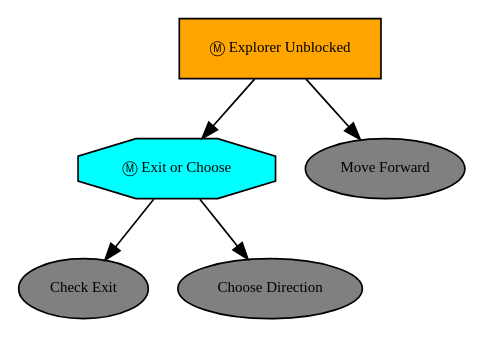
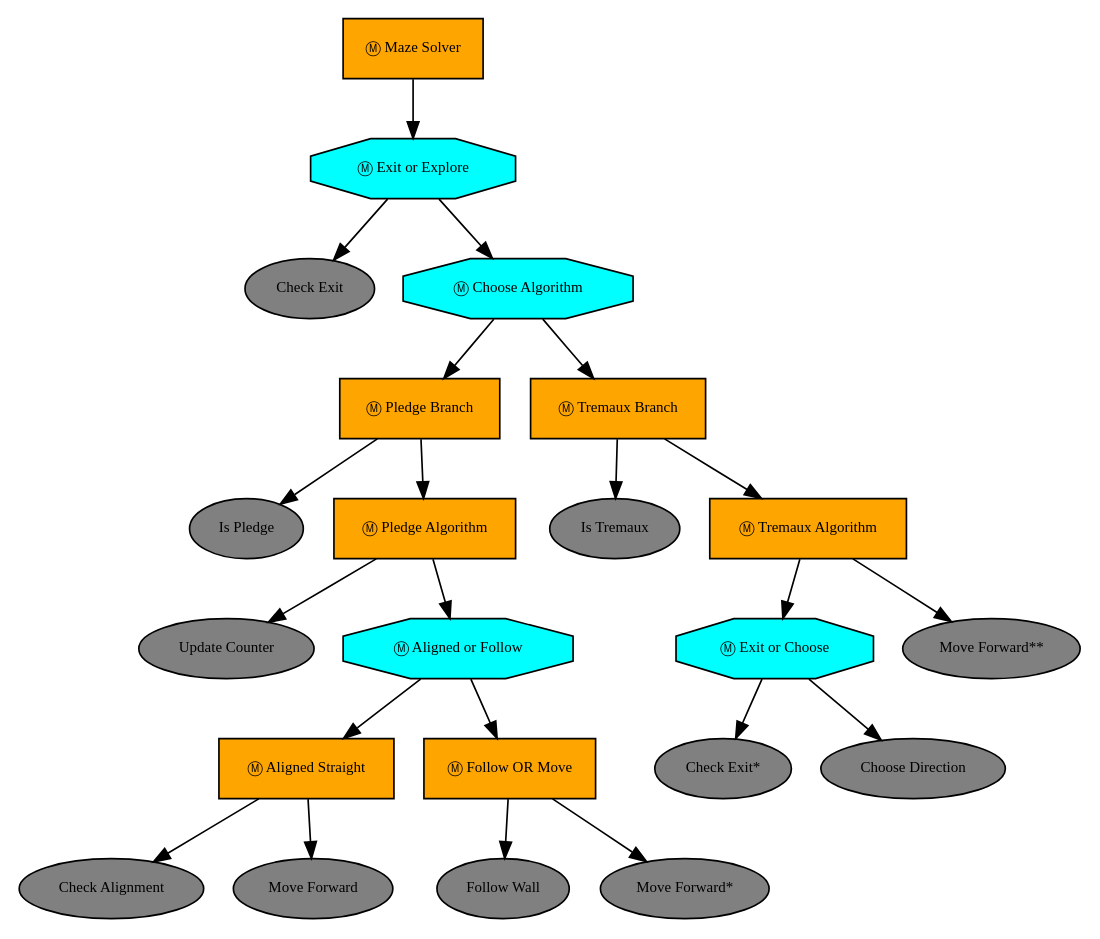
One commit to Di-Simone-dev/iRobot-maze-solver changed the diagram in Python simulation/src/maze.dot. Above: the diagram before and after it, drawn with Graphviz. The commit also changed 12 other files, not shown here.

```diff
--- a/Python simulation/src/maze.dot
+++ b/Python simulation/src/maze.dot
@@ -1,15 +1,49 @@
 digraph pastafarianism {
 ordering=out;
 graph [fontname="times-roman"];
 node [fontname="times-roman"];
 edge [fontname="times-roman"];
-"Explorer Unblocked" [label="Ⓜ Explorer Unblocked", shape=box, style=filled, fillcolor=orange, fontsize=9, fontcolor=black];
+"Maze Solver" [label="Ⓜ Maze Solver", shape=box, style=filled, fillcolor=orange, fontsize=9, fontcolor=black];
+"Exit or Explore" [label="Ⓜ Exit or Explore", shape=octagon, style=filled, fillcolor=cyan, fontsize=9, fontcolor=black];
+"Maze Solver" -> "Exit or Explore";
+"Check Exit" [label="Check Exit", shape=ellipse, style=filled, fillcolor=gray, fontsize=9, fontcolor=black];
+"Exit or Explore" -> "Check Exit";
+"Choose Algorithm" [label="Ⓜ Choose Algorithm", shape=octagon, style=filled, fillcolor=cyan, fontsize=9, fontcolor=black];
+"Exit or Explore" -> "Choose Algorithm";
+"Pledge Branch" [label="Ⓜ Pledge Branch", shape=box, style=filled, fillcolor=orange, fontsize=9, fontcolor=black];
+"Choose Algorithm" -> "Pledge Branch";
+"Is Pledge" [label="Is Pledge", shape=ellipse, style=filled, fillcolor=gray, fontsize=9, fontcolor=black];
+"Pledge Branch" -> "Is Pledge";
+"Pledge Algorithm" [label="Ⓜ Pledge Algorithm", shape=box, style=filled, fillcolor=orange, fontsize=9, fontcolor=black];
+"Pledge Branch" -> "Pledge Algorithm";
+"Update Counter" [label="Update Counter", shape=ellipse, style=filled, fillcolor=gray, fontsize=9, fontcolor=black];
+"Pledge Algorithm" -> "Update Counter";
+"Aligned or Follow" [label="Ⓜ Aligned or Follow", shape=octagon, style=filled, fillcolor=cyan, fontsize=9, fontcolor=black];
+"Pledge Algorithm" -> "Aligned or Follow";
+"Aligned Straight" [label="Ⓜ Aligned Straight", shape=box, style=filled, fillcolor=orange, fontsize=9, fontcolor=black];
+"Aligned or Follow" -> "Aligned Straight";
+"Check Alignment" [label="Check Alignment", shape=ellipse, style=filled, fillcolor=gray, fontsize=9, fontcolor=black];
+"Aligned Straight" -> "Check Alignment";
+"Move Forward" [label="Move Forward", shape=ellipse, style=filled, fillcolor=gray, fontsize=9, fontcolor=black];
+"Aligned Straight" -> "Move Forward";
+"Follow OR Move" [label="Ⓜ Follow OR Move", shape=box, style=filled, fillcolor=orange, fontsize=9, fontcolor=black];
+"Aligned or Follow" -> "Follow OR Move";
+"Follow Wall" [label="Follow Wall", shape=ellipse, style=filled, fillcolor=gray, fontsize=9, fontcolor=black];
+"Follow OR Move" -> "Follow Wall";
+"Move Forward*" [label="Move Forward*", shape=ellipse, style=filled, fillcolor=gray, fontsize=9, fontcolor=black];
+"Follow OR Move" -> "Move Forward*";
+"Tremaux Branch" [label="Ⓜ Tremaux Branch", shape=box, style=filled, fillcolor=orange, fontsize=9, fontcolor=black];
+"Choose Algorithm" -> "Tremaux Branch";
+"Is Tremaux" [label="Is Tremaux", shape=ellipse, style=filled, fillcolor=gray, fontsize=9, fontcolor=black];
+"Tremaux Branch" -> "Is Tremaux";
+"Tremaux Algorithm" [label="Ⓜ Tremaux Algorithm", shape=box, style=filled, fillcolor=orange, fontsize=9, fontcolor=black];
+"Tremaux Branch" -> "Tremaux Algorithm";
 "Exit or Choose" [label="Ⓜ Exit or Choose", shape=octagon, style=filled, fillcolor=cyan, fontsize=9, fontcolor=black];
-"Explorer Unblocked" -> "Exit or Choose";
-"Check Exit" [label="Check Exit", shape=ellipse, style=filled, fillcolor=gray, fontsize=9, fontcolor=black];
-"Exit or Choose" -> "Check Exit";
+"Tremaux Algorithm" -> "Exit or Choose";
+"Check Exit*" [label="Check Exit*", shape=ellipse, style=filled, fillcolor=gray, fontsize=9, fontcolor=black];
+"Exit or Choose" -> "Check Exit*";
 "Choose Direction" [label="Choose Direction", shape=ellipse, style=filled, fillcolor=gray, fontsize=9, fontcolor=black];
 "Exit or Choose" -> "Choose Direction";
-"Move Forward" [label="Move Forward", shape=ellipse, style=filled, fillcolor=gray, fontsize=9, fontcolor=black];
-"Explorer Unblocked" -> "Move Forward";
+"Move Forward**" [label="Move Forward**", shape=ellipse, style=filled, fillcolor=gray, fontsize=9, fontcolor=black];
+"Tremaux Algorithm" -> "Move Forward**";
 }
```
